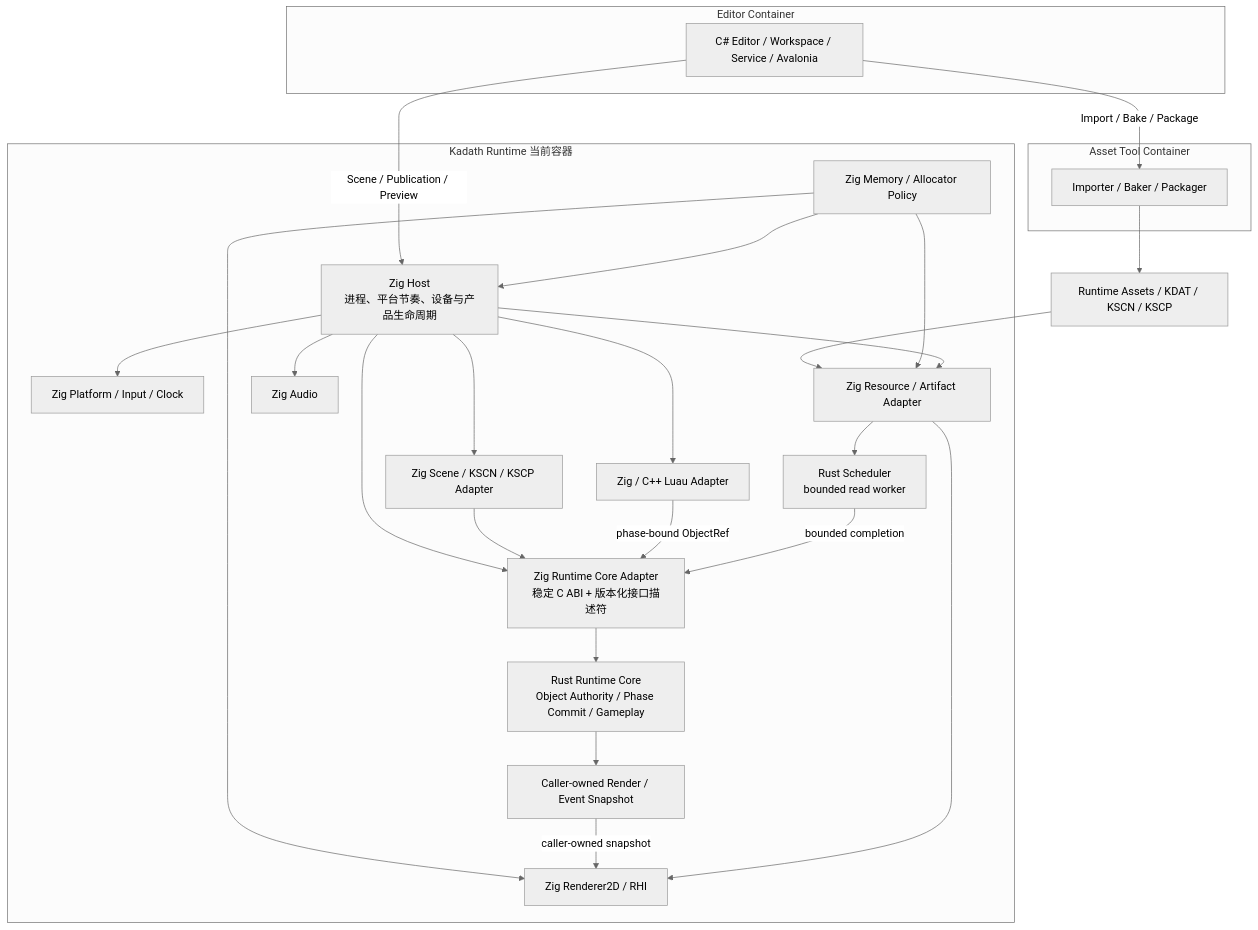
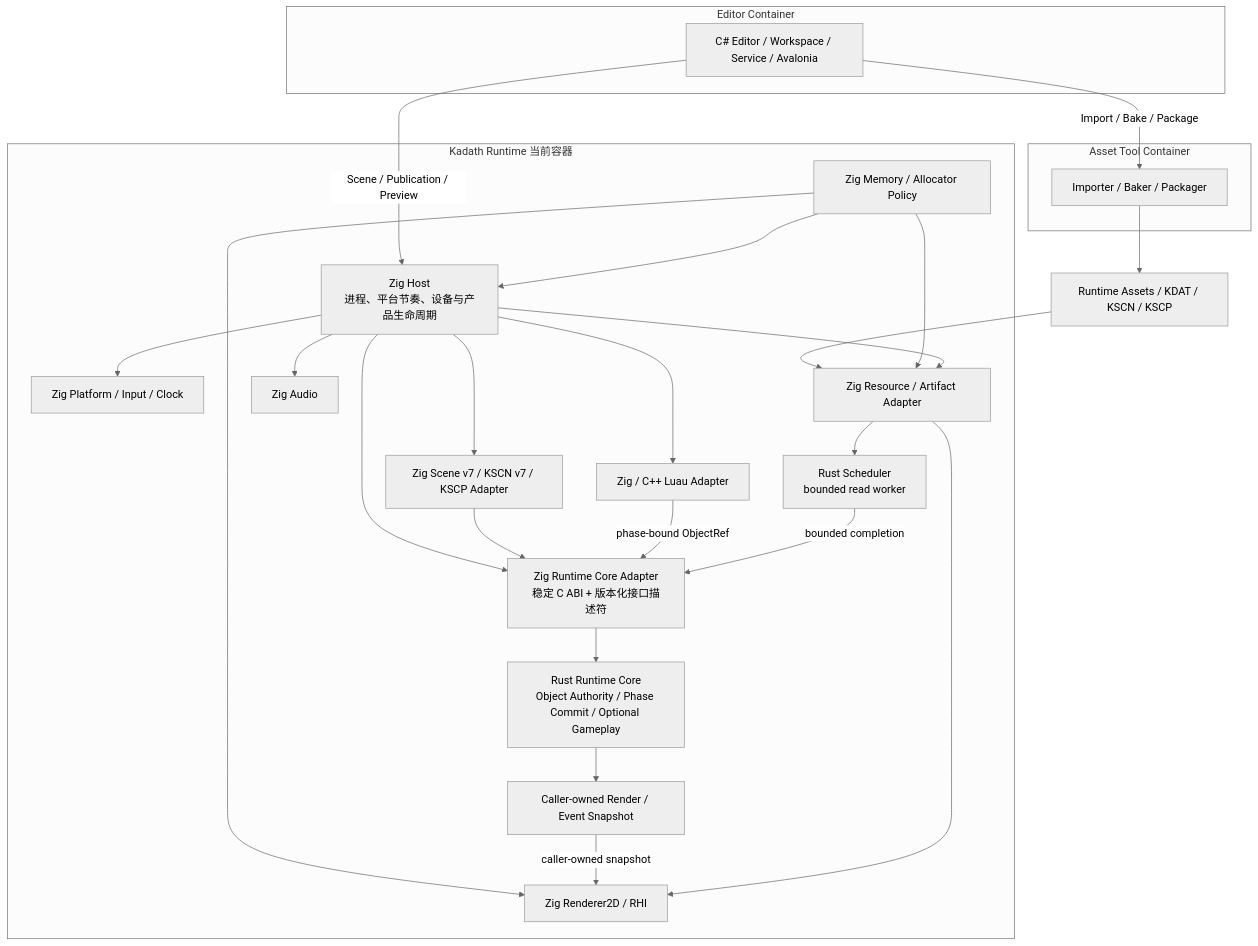
The first of 2 diagrams in docs/architecture/c4-runtime-container-and-components.md (alloyzer0/Kadath), drawn with Mermaid (neutral theme) before and after one commit. The commit also changed other lines of this file and 2 other files, not shown here.

````diff
--- a/docs/architecture/c4-runtime-container-and-components.md
+++ b/docs/architecture/c4-runtime-container-and-components.md
@@ -34,49 +34,49 @@
 ```mermaid
 graph TD
     subgraph Editor["Editor Container"]
         CSharpEditor["C# Editor / Workspace / Service / Avalonia"]
     end
 
     subgraph AssetTool["Asset Tool Container"]
         ImportBake["Importer / Baker / Packager"]
     end
 
     subgraph Runtime["Kadath Runtime 当前容器"]
         ZigHost["Zig Host<br/>进程、平台节奏、设备与产品生命周期"]
         ZigPlatform["Zig Platform / Input / Clock"]
         ZigMemory["Zig Memory / Allocator Policy"]
         ZigResource["Zig Resource / Artifact Adapter"]
-        ZigScene["Zig Scene / KSCN / KSCP Adapter"]
+        ZigScene["Zig Scene v7 / KSCN v7 / KSCP Adapter"]
         ZigLuauAdapter["Zig / C++ Luau Adapter"]
         ZigCoreAdapter["Zig Runtime Core Adapter<br/>稳定 C ABI + 版本化接口描述符"]
-        RustCore["Rust Runtime Core<br/>Object Authority / Phase Commit / Gameplay"]
+        RustCore["Rust Runtime Core<br/>Object Authority / Phase Commit / Optional Gameplay"]
         Snapshot["Caller-owned Render / Event Snapshot"]
         RustScheduler["Rust Scheduler<br/>bounded read worker"]
         ZigRenderer["Zig Renderer2D / RHI"]
         ZigAudio["Zig Audio"]
     end
 
     RuntimeAssets["Runtime Assets / KDAT / KSCN / KSCP"]
 
     CSharpEditor -->|"Scene / Publication / Preview"| ZigHost
     CSharpEditor -->|"Import / Bake / Package"| ImportBake
     ImportBake --> RuntimeAssets
     RuntimeAssets --> ZigResource
     ZigHost --> ZigPlatform
     ZigMemory --> ZigHost
     ZigMemory --> ZigResource
     ZigMemory --> ZigRenderer
     ZigHost --> ZigResource
     ZigHost --> ZigScene
     ZigHost --> ZigLuauAdapter
     ZigHost --> ZigCoreAdapter
     ZigHost --> ZigAudio
     ZigScene --> ZigCoreAdapter
     ZigLuauAdapter -->|"phase-bound ObjectRef"| ZigCoreAdapter
     ZigCoreAdapter --> RustCore
     RustCore --> Snapshot
     ZigResource --> RustScheduler
     RustScheduler -->|"bounded completion"| ZigCoreAdapter
     Snapshot -->|"caller-owned snapshot"| ZigRenderer
     ZigResource --> ZigRenderer
 ```
````
